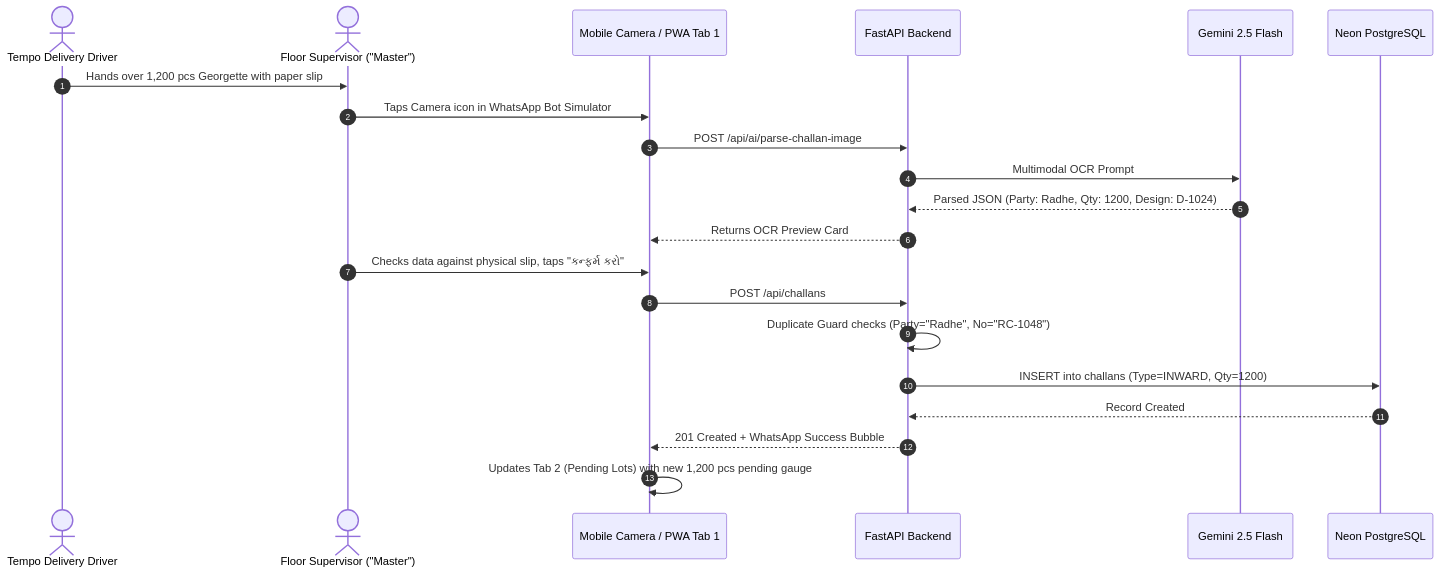
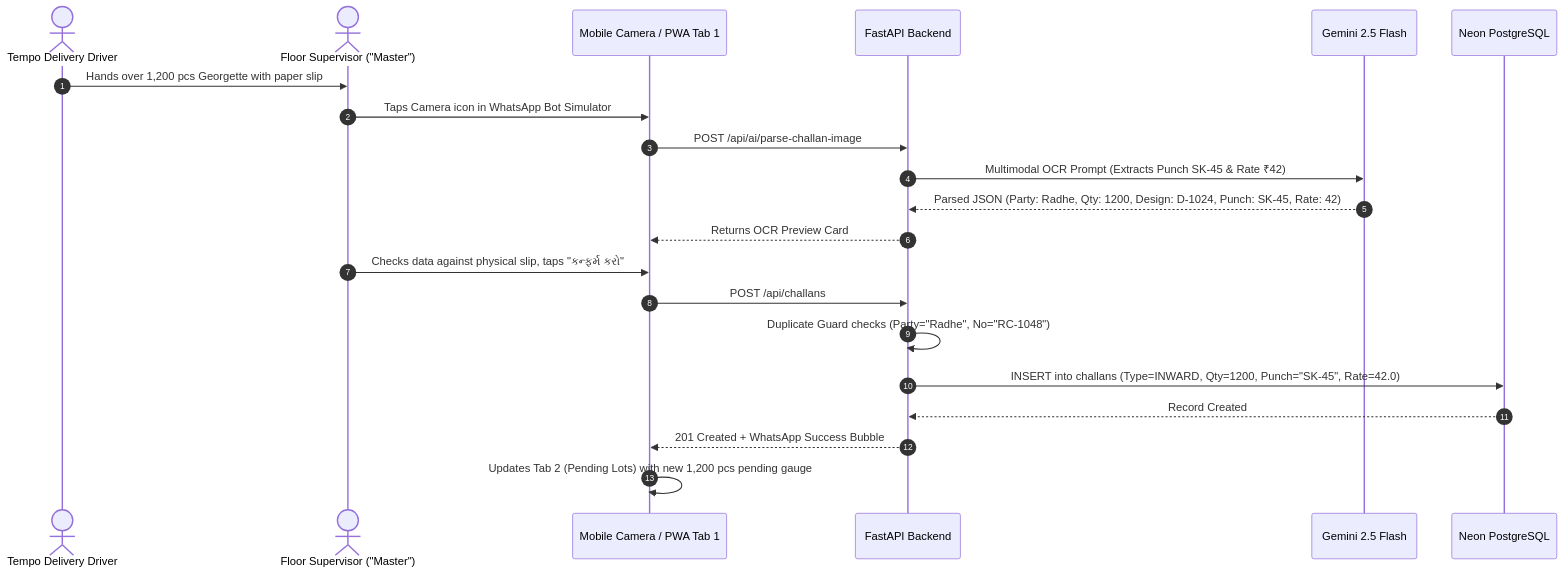
One commit to smit3203/AI-chatbot- changed the seventh of 10 diagrams in ARCHITECTURE_AND_FLOW.md. Above: the diagram before and after it, drawn with Mermaid. The commit also changed other lines of this file and 33 other files, not shown here.

````diff
--- a/ARCHITECTURE_AND_FLOW.md
+++ b/ARCHITECTURE_AND_FLOW.md
@@ -908,24 +985,24 @@
 ```mermaid
 sequenceDiagram
     autonumber
     actor Driver as Tempo Delivery Driver
     actor Master as Floor Supervisor ("Master")
     participant Phone as Mobile Camera / PWA Tab 1
     participant Backend as FastAPI Backend
     participant Gemini as Gemini 2.5 Flash
     participant DB as Neon PostgreSQL
 
     Driver->>Master: Hands over 1,200 pcs Georgette with paper slip
     Master->>Phone: Taps Camera icon in WhatsApp Bot Simulator
     Phone->>Backend: POST /api/ai/parse-challan-image
-    Backend->>Gemini: Multimodal OCR Prompt
-    Gemini-->>Backend: Parsed JSON (Party: Radhe, Qty: 1200, Design: D-1024)
+    Backend->>Gemini: Multimodal OCR Prompt (Extracts Punch SK-45 & Rate ₹42)
+    Gemini-->>Backend: Parsed JSON (Party: Radhe, Qty: 1200, Design: D-1024, Punch: SK-45, Rate: 42)
     Backend-->>Phone: Returns OCR Preview Card
     Master->>Phone: Checks data against physical slip, taps "કન્ફર્મ કરો"
     Phone->>Backend: POST /api/challans
     Backend->>Backend: Duplicate Guard checks (Party="Radhe", No="RC-1048")
-    Backend->>DB: INSERT into challans (Type=INWARD, Qty=1200)
+    Backend->>DB: INSERT into challans (Type=INWARD, Qty=1200, Punch="SK-45", Rate=42.0)
     DB-->>Backend: Record Created
     Backend-->>Phone: 201 Created + WhatsApp Success Bubble
     Phone->>Phone: Updates Tab 2 (Pending Lots) with new 1,200 pcs pending gauge
 ```
````
